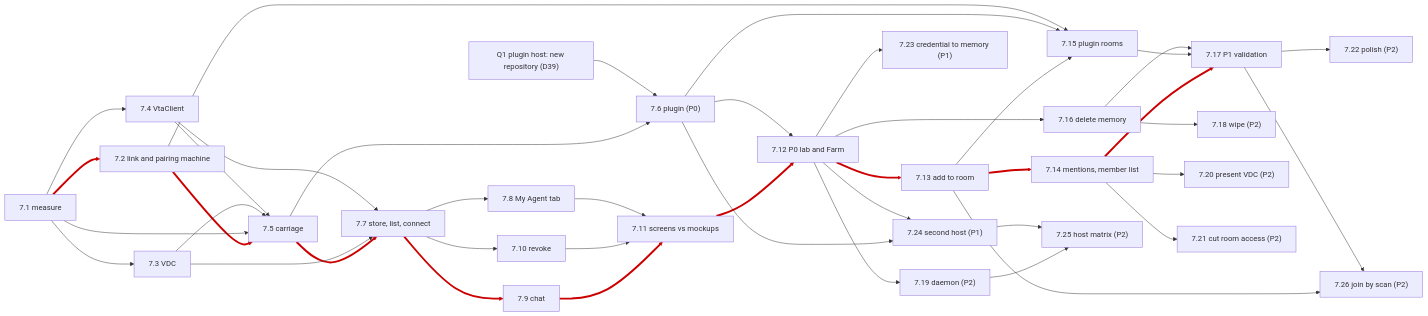
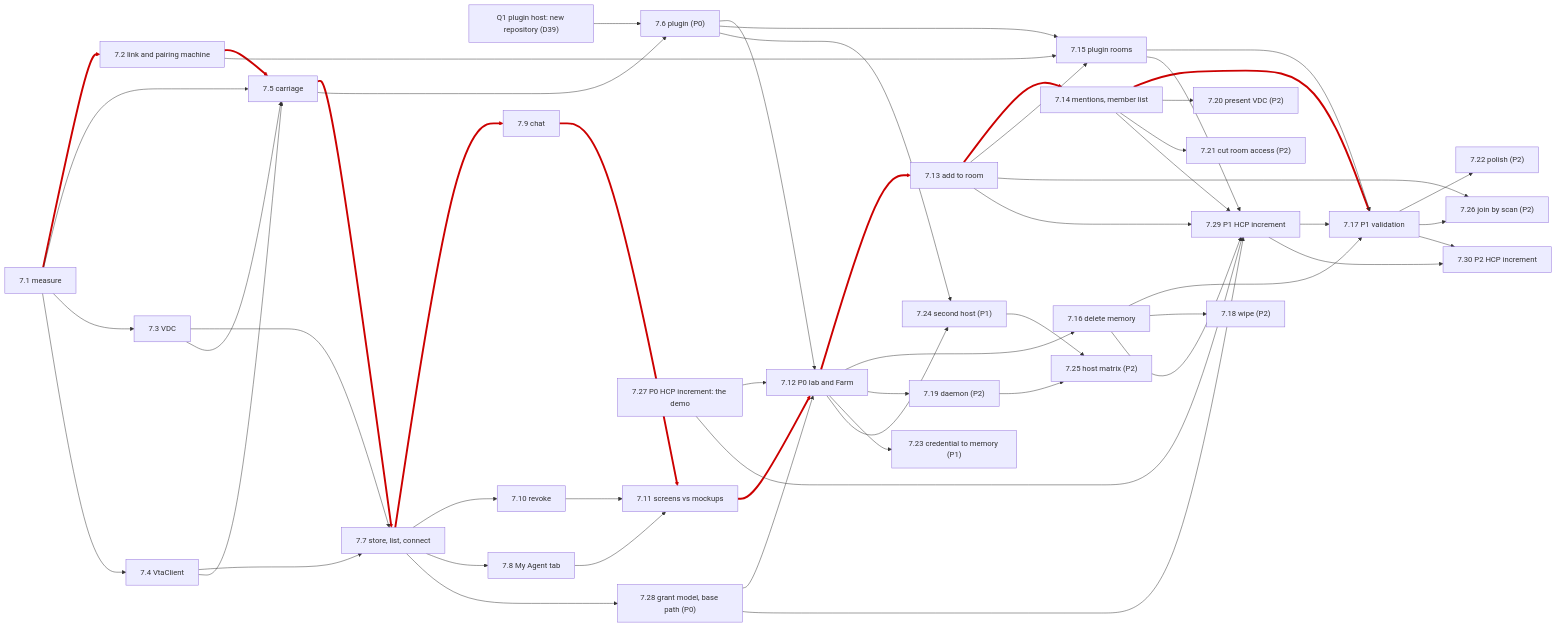
The fourth of 4 diagrams in docs/plans/agent-connect-plan.md (berkmancenter/keyring-wallet), drawn with Mermaid before and after one commit. The commit also changed other lines of this file and 7 other files, not shown here.

First line of the commit message:
docs(plans): agent connect revision 6, HCP increments in each tier and the HCP grant model

````diff
--- a/docs/plans/agent-connect-plan.md
+++ b/docs/plans/agent-connect-plan.md
@@ -1047,6 +1063,10 @@
   p24["7.24 second host (P1)"]
   p25["7.25 host matrix (P2)"]
   p26["7.26 join by scan (P2)"]
+  p27["7.27 P0 HCP increment: the demo"]
+  p28["7.28 grant model, base path (P0)"]
+  p29["7.29 P1 HCP increment"]
+  p30["7.30 P2 HCP increment"]
   p1 --> p2
   p2 --> p5
   p5 --> p7
@@ -1088,5 +1108,17 @@
   p24 --> p25
   p13 --> p26
   p17 --> p26
+  p27 --> p12
+  p7 --> p28
+  p28 --> p12
+  p27 --> p29
+  p28 --> p29
+  p13 --> p29
+  p14 --> p29
+  p15 --> p29
+  p16 --> p29
+  p29 --> p17
+  p29 --> p30
+  p17 --> p30
   linkStyle 0,1,2,3,4,5,14,15,19 stroke:#c00,stroke-width:4px
 ```
````
